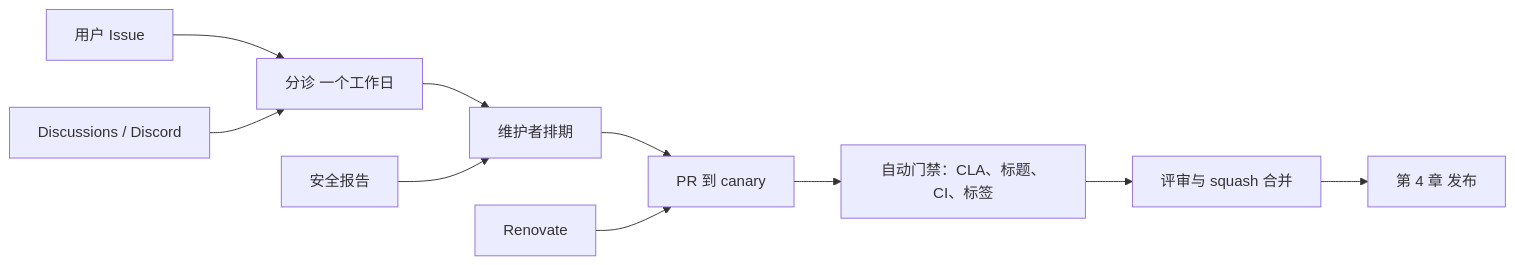
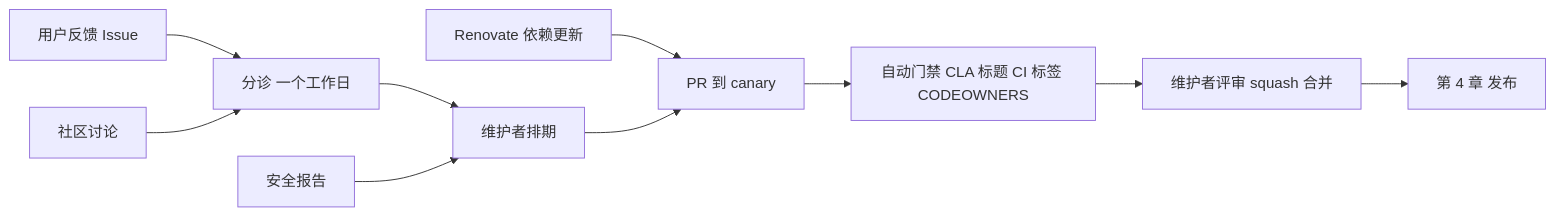
One commit to lfire/AFFiNE changed the fifth of 5 diagrams in learning-guide/slides/decks/03.md. Above: the diagram before and after it, drawn with Mermaid. The commit also changed other lines of this file and 46 other files, not shown here.

````diff
--- a/learning-guide/slides/decks/03.md
+++ b/learning-guide/slides/decks/03.md
@@ -390,12 +461,12 @@
 ```mermaid
 flowchart LR
-    U[用户 Issue] --> T[分诊 一个工作日]
-    D["Discussions / Discord"] --> T
-    T --> P[维护者排期]
-    S[安全报告] --> P
-    P --> PR[PR 到 canary]
-    R[Renovate] --> PR
-    PR --> G["自动门禁：CLA、标题、CI、标签"]
-    G --> M[评审与 squash 合并]
-    M --> REL[第 4 章 发布]
+  U["用户反馈 Issue"] --> T["分诊 一个工作日"]
+  D["社区讨论"] --> T
+  T --> P["维护者排期"]
+  R["Renovate 依赖更新"] --> PR["PR 到 canary"]
+  S["安全报告"] --> P
+  P --> PR
+  PR --> G["自动门禁 CLA 标题 CI 标签 CODEOWNERS"]
+  G --> M["维护者评审 squash 合并"]
+  M --> REL["第 4 章 发布"]
 ```
````
